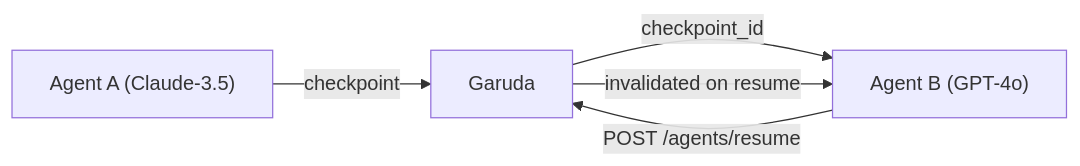
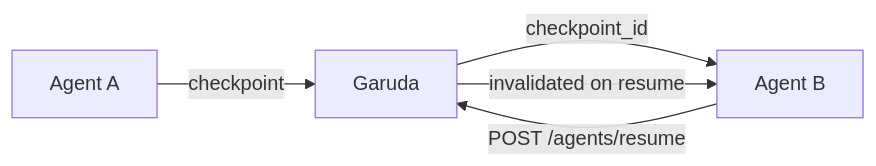
The third of 5 diagrams in README.md (myshra777-ai/garuda), drawn with Mermaid before and after one commit. The commit also changed other lines of this file, not shown here.

````diff
--- a/README.md
+++ b/README.md
@@ -238,7 +260,7 @@
 ```mermaid
 flowchart LR
-    A["Agent A (Claude-3.5)"] -->|checkpoint| GARUDA["Garuda"]
-    GARUDA -->|checkpoint_id| B["Agent B (GPT-4o)"]
+    A["Agent A"] -->|checkpoint| GARUDA["Garuda"]
+    GARUDA -->|checkpoint_id| B["Agent B"]
     B -->|POST /agents/resume| GARUDA
     GARUDA -->|invalidated on resume| B
 ```
````
